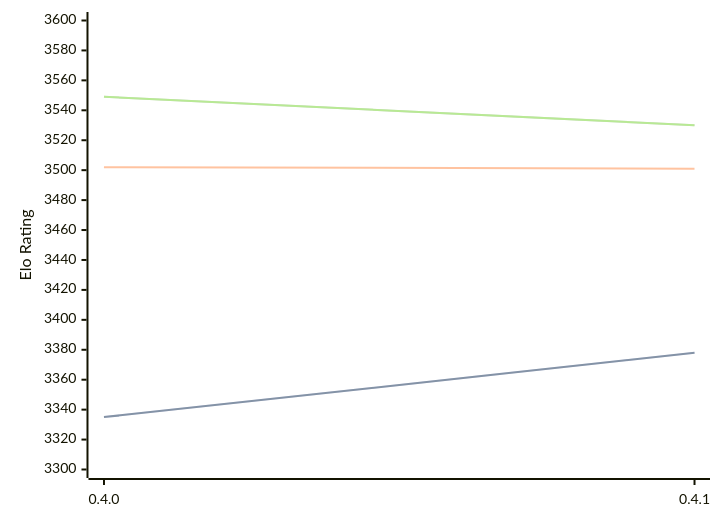
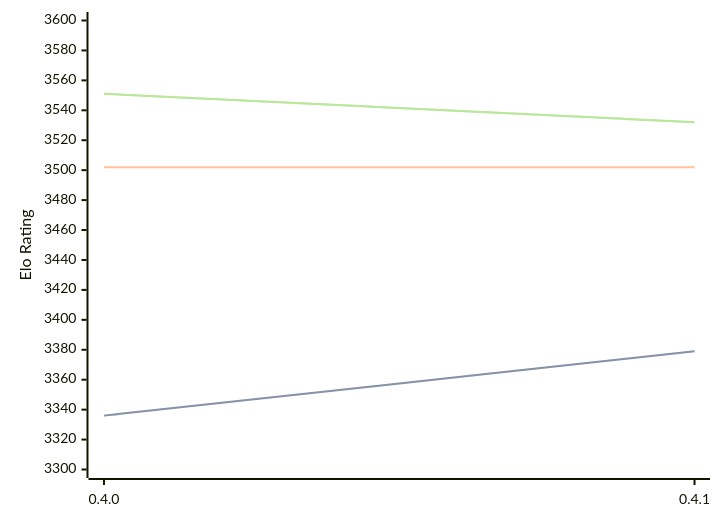
One commit to computer-chess-index/cci changed the diagram in engines/Cinder.md. Above: the diagram before and after it, drawn with Mermaid. The commit also changed other lines of this file, not shown here.

Commit message:
Update CCI Ratings (ELO VLTC) - 2026-04-05

````diff
--- a/engines/Cinder.md
+++ b/engines/Cinder.md
@@ -40,11 +40,11 @@
 ```mermaid
 %%{init: {"theme":"base","themeVariables":{"seriesColors:['#a3a3a3','#222221','#faa371']}}}%%
 xychart-beta
   x-axis ["0.4.0", "0.4.1"]
   y-axis "Elo Rating" 3300 --> 3600
-  line "STC (8.0+0.08s)" [3335, 3378]
-  line "STC (8.0+0.08s)" [3335, 3378]
-  line "LTC (60.0+0.60s)" [3502, 3501]
-  line "VLTC (2m24s+1.12s)" [3549, 3530]
-  line "VLTC (2m24s+1.12s)" [3549, 3530]
+  line "STC (8.0+0.08s)" [3336, 3379]
+  line "STC (8.0+0.08s)" [3336, 3379]
+  line "LTC (60.0+0.60s)" [3502, 3502]
+  line "VLTC (2m24s+1.12s)" [3551, 3532]
+  line "VLTC (2m24s+1.12s)" [3551, 3532]
 ```
````
